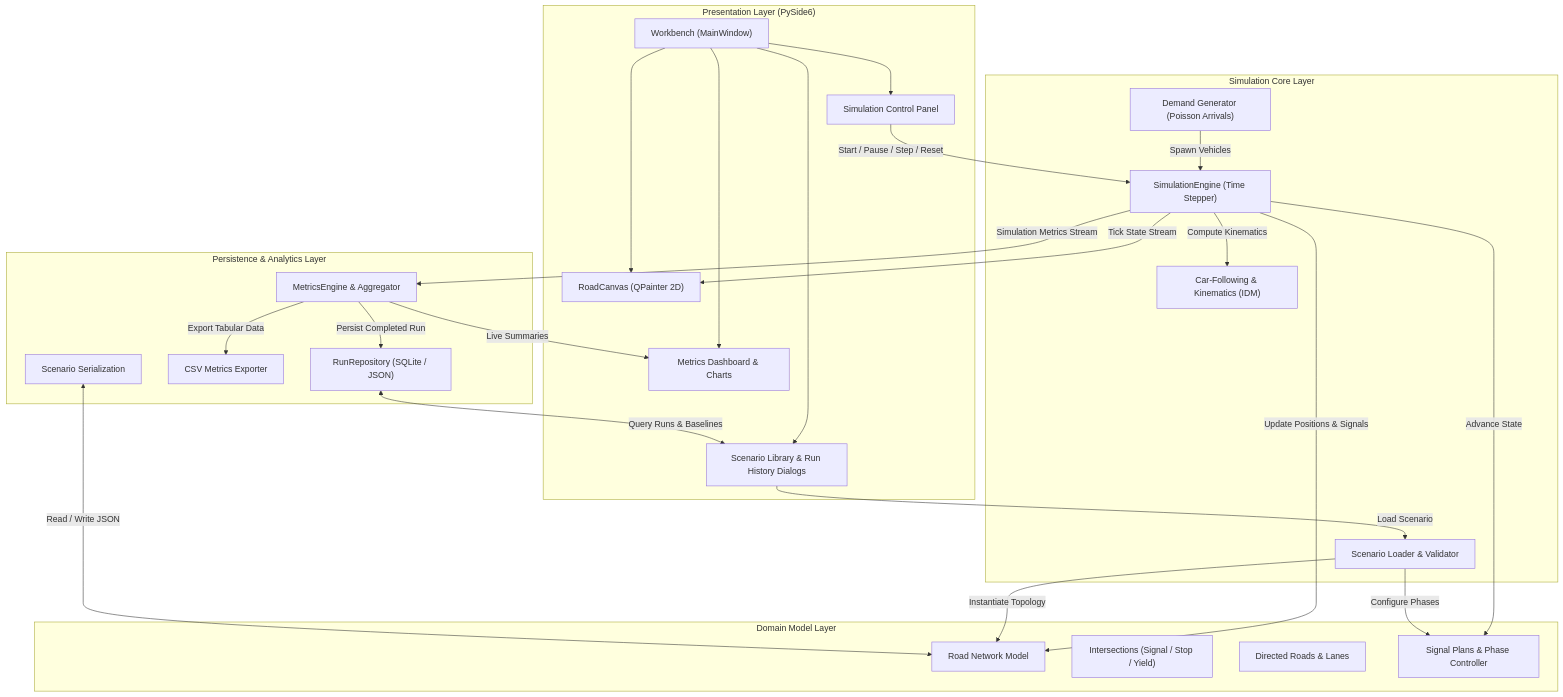
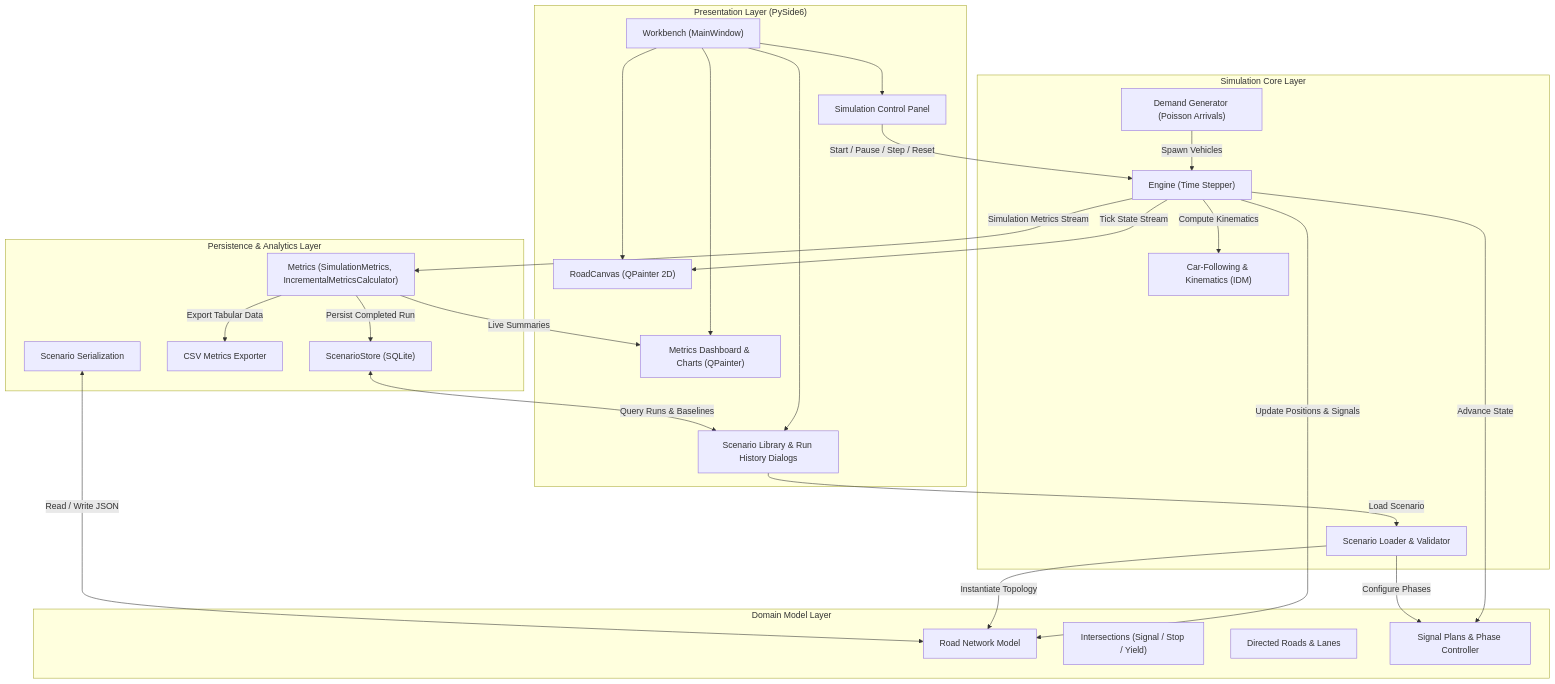
One commit to Redslayer112/SE-miniproject changed the diagram in docs/FINAL_PROJECT_OVERVIEW.md. Above: the diagram before and after it, drawn with Mermaid. The commit also changed other lines of this file and 1 other file, not shown here.

````diff
--- a/docs/FINAL_PROJECT_OVERVIEW.md
+++ b/docs/FINAL_PROJECT_OVERVIEW.md
@@ -74,56 +74,56 @@
 ```mermaid
 flowchart TD
     subgraph UI ["Presentation Layer (PySide6)"]
         WB["Workbench (MainWindow)"]
         RC["RoadCanvas (QPainter 2D)"]
         CP["Simulation Control Panel"]
-        MD["Metrics Dashboard & Charts"]
+        MD["Metrics Dashboard & Charts (QPainter)"]
         SL["Scenario Library & Run History Dialogs"]
     end
 
     subgraph Core ["Simulation Core Layer"]
-        SE["SimulationEngine (Time Stepper)"]
+        SE["Engine (Time Stepper)"]
         IDM["Car-Following & Kinematics (IDM)"]
         DG["Demand Generator (Poisson Arrivals)"]
         SC["Scenario Loader & Validator"]
     end
 
     subgraph Model ["Domain Model Layer"]
         NET["Road Network Model"]
         INT["Intersections (Signal / Stop / Yield)"]
         ROADS["Directed Roads & Lanes"]
         SIG["Signal Plans & Phase Controller"]
     end
 
     subgraph Persistence ["Persistence & Analytics Layer"]
-        ME["MetricsEngine & Aggregator"]
-        REPO["RunRepository (SQLite / JSON)"]
+        ME["Metrics (SimulationMetrics, IncrementalMetricsCalculator)"]
+        REPO["ScenarioStore (SQLite)"]
         CSV["CSV Metrics Exporter"]
         SERIAL["Scenario Serialization"]
     end
 
     %% Interactions
     WB --> RC
     WB --> CP
     WB --> MD
     WB --> SL
 
     CP -->|Start / Pause / Step / Reset| SE
     SE -->|Update Positions & Signals| NET
     SE -->|Advance State| SIG
     SE -->|Compute Kinematics| IDM
     DG -->|Spawn Vehicles| SE
 
     SE -->|Tick State Stream| RC
     SE -->|Simulation Metrics Stream| ME
 
     ME -->|Live Summaries| MD
     ME -->|Persist Completed Run| REPO
     ME -->|Export Tabular Data| CSV
 
     SL -->|Load Scenario| SC
     SC -->|Instantiate Topology| NET
     SC -->|Configure Phases| SIG
     SERIAL <-->|Read / Write JSON| NET
     REPO <-->|Query Runs & Baselines| SL
 ```
````
